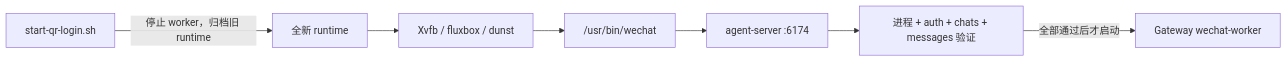
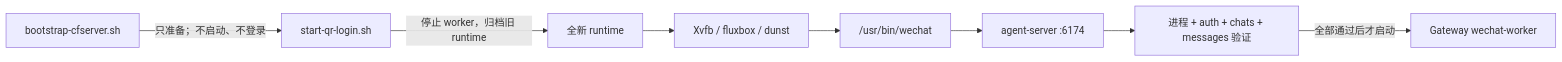
One commit to Tangbohu09527/CF_agent-wechat changed the diagram in docs/deployment/cfserver-production.md. Above: the diagram before and after it, drawn with Mermaid. The commit also changed other lines of this file and 17 other files, not shown here.

Commit message:
docs(runtime): document manual fresh QR production flow

````diff
--- a/docs/deployment/cfserver-production.md
+++ b/docs/deployment/cfserver-production.md
@@ -35,17 +39,19 @@
 ```mermaid
 flowchart LR
+    B["bootstrap-cfserver.sh"]
     O["start-qr-login.sh"]
     R["全新 runtime"]
     X["Xvfb / fluxbox / dunst"]
     W["/usr/bin/wechat"]
     A["agent-server :6174"]
     V["进程 + auth + chats + messages 验证"]
     G["Gateway wechat-worker"]
 
+    B -->|"只准备；不启动、不登录"| O
     O -->|"停止 worker，归档旧 runtime"| R
     R --> X
     X --> W
     W --> A
     A --> V
     V -->|"全部通过后才启动"| G
 ```
````
